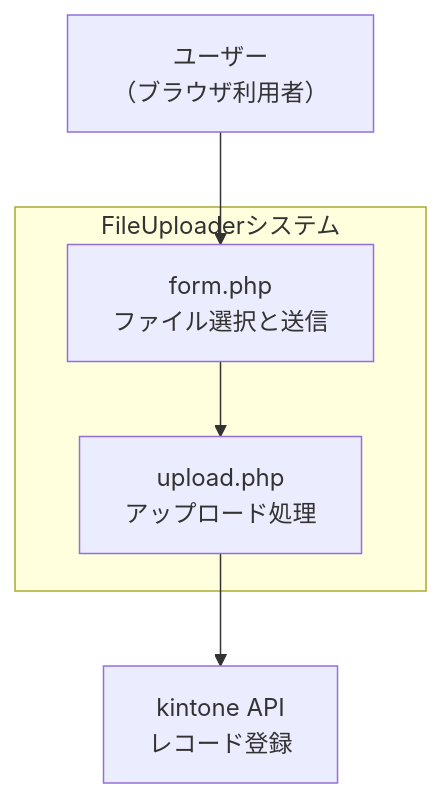
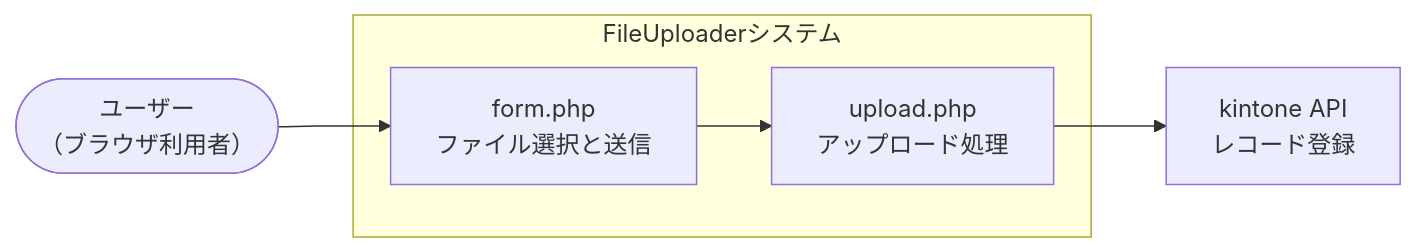
One commit to Kahiro-M/fileUploader4KntnFileSv changed the first of 6 diagrams in design.md. Above: the diagram before and after it, drawn with Mermaid. The commit also changed other lines of this file, not shown here.

Commit message:
図形修正

````diff
--- a/design.md
+++ b/design.md
@@ -8,19 +8,19 @@
 ```mermaid
-flowchart TD
+flowchart LR
     %% アクター
-    USR[ユーザー<br>（ブラウザ利用者）]
+    USR([ユーザー<br>（ブラウザ利用者）])
 
     %% システム
     subgraph S[FileUploaderシステム]
         FRM[form.php<br>ファイル選択と送信]
         UP[upload.php<br>アップロード処理]
     end
 
     %% 外部システム
     KNTN[kintone API<br>レコード登録]
 
     %% 矢印
     USR --> FRM
     FRM --> UP
     UP --> KNTN
 ```
````
